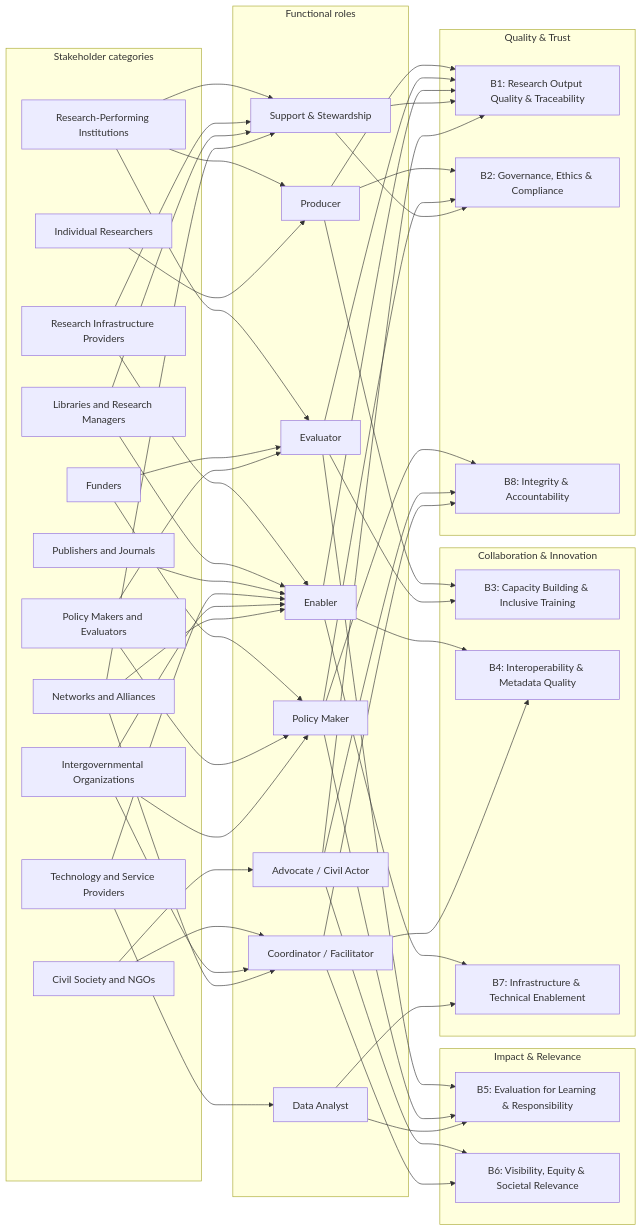
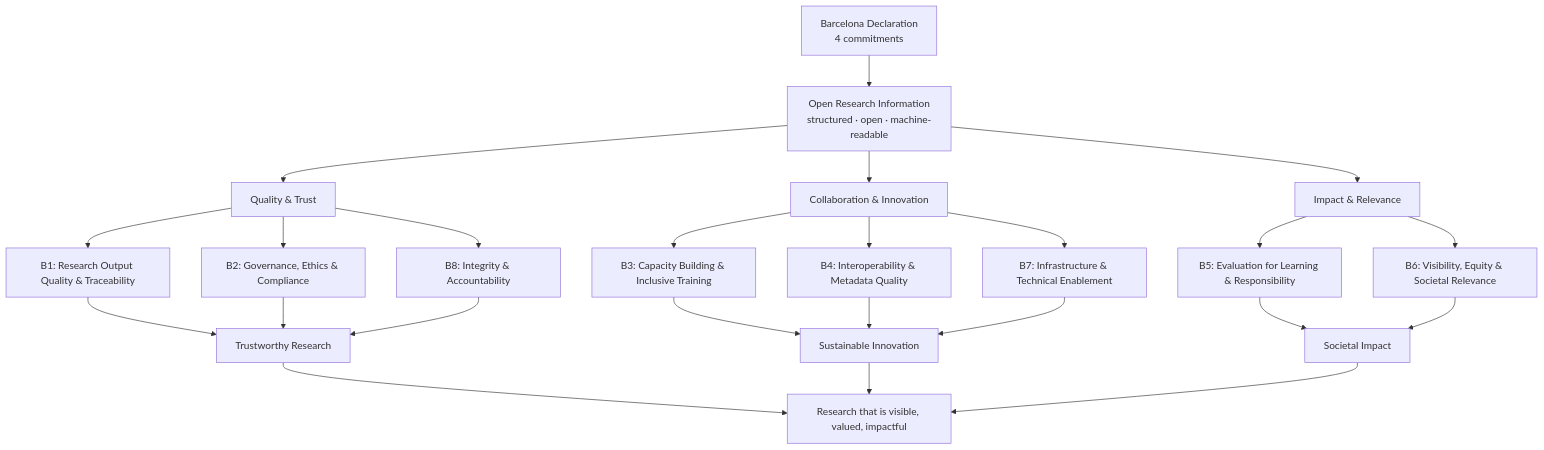
Before and after one commit to rijdho/barcelona-wg7-tf2: the diagram in deliverables/Benefits_map.md, drawn with Mermaid. The commit also changed other lines of this file and 14 other files, not shown here.

````diff
--- a/deliverables/Benefits_map.md
+++ b/deliverables/Benefits_map.md
@@ -6,87 +6,32 @@
 ```mermaid
-flowchart LR
-  accTitle: ORI stakeholder and benefits map
-  accDescr: Eleven stakeholder categories connect through eight functional roles to eight benefit dimensions grouped into three axes: Quality and Trust, Collaboration and Innovation, Impact and Relevance.
-  subgraph SH["Stakeholder categories"]
-    S1["Research-Performing Institutions"]
-    S2["Individual Researchers"]
-    S3["Funders"]
-    S4["Research Infrastructure Providers"]
-    S5["Policy Makers and Evaluators"]
-    S6["Civil Society and NGOs"]
-    S7["Libraries and Research Managers"]
-    S8["Publishers and Journals"]
-    S9["Technology and Service Providers"]
-    S10["Intergovernmental Organizations"]
-    S11["Networks and Alliances"]
-  end
-  subgraph RO["Functional roles"]
-    R1["Producer"]
-    R2["Evaluator"]
-    R3["Enabler"]
-    R4["Policy Maker"]
-    R5["Support & Stewardship"]
-    R6["Advocate / Civil Actor"]
-    R7["Coordinator / Facilitator"]
-    R8["Data Analyst"]
-  end
-  subgraph A1["Quality & Trust"]
-    B1["B1: Research Output Quality & Traceability"]
-    B2["B2: Governance, Ethics & Compliance"]
-    B8["B8: Integrity & Accountability"]
-  end
-  subgraph A2["Collaboration & Innovation"]
-    B3["B3: Capacity Building & Inclusive Training"]
-    B4["B4: Interoperability & Metadata Quality"]
-    B7["B7: Infrastructure & Technical Enablement"]
-  end
-  subgraph A3["Impact & Relevance"]
-    B5["B5: Evaluation for Learning & Responsibility"]
-    B6["B6: Visibility, Equity & Societal Relevance"]
-  end
-  S1 --> R1
-  S1 --> R5
-  S1 --> R2
-  S2 --> R1
-  S3 --> R4
-  S3 --> R2
-  S4 --> R3
-  S4 --> R5
-  S5 --> R4
-  S5 --> R2
-  S6 --> R6
-  S6 --> R7
-  S7 --> R5
-  S7 --> R3
-  S8 --> R3
-  S9 --> R3
-  S9 --> R8
-  S10 --> R7
-  S10 --> R4
-  S10 --> R3
-  S11 --> R7
-  S11 --> R3
-  S11 --> R5
-  R1 --> B1
-  R1 --> B2
-  R1 --> B3
-  R2 --> B1
-  R2 --> B3
-  R2 --> B5
-  R3 --> B1
-  R3 --> B4
-  R3 --> B7
-  R4 --> B2
-  R4 --> B5
-  R4 --> B8
-  R5 --> B1
-  R5 --> B2
-  R6 --> B1
-  R6 --> B6
-  R6 --> B8
-  R7 --> B4
-  R7 --> B6
-  R7 --> B8
-  R8 --> B5
-  R8 --> B7
+flowchart TB
+  accTitle: The eight benefits of open research information
+  accDescr: The Barcelona Declaration commitments unlock Open Research Information, which delivers eight benefits in three axes; the benefits flow into trustworthy research, sustainable innovation, and societal impact, leading to research that is visible, valued, and impactful.
+  START["Barcelona Declaration<br/>4 commitments"] --> ORI["Open Research Information<br/>structured · open · machine-readable"]
+  ORI --> A1["Quality & Trust"]
+  ORI --> A2["Collaboration & Innovation"]
+  ORI --> A3["Impact & Relevance"]
+  A1 --> B1["B1: Research Output Quality & Traceability"]
+  A1 --> B2["B2: Governance, Ethics & Compliance"]
+  A1 --> B8["B8: Integrity & Accountability"]
+  A2 --> B3["B3: Capacity Building & Inclusive Training"]
+  A2 --> B4["B4: Interoperability & Metadata Quality"]
+  A2 --> B7["B7: Infrastructure & Technical Enablement"]
+  A3 --> B5["B5: Evaluation for Learning & Responsibility"]
+  A3 --> B6["B6: Visibility, Equity & Societal Relevance"]
+  O1["Trustworthy Research"]
+  B1 --> O1
+  B2 --> O1
+  B8 --> O1
+  O2["Sustainable Innovation"]
+  B3 --> O2
+  B4 --> O2
+  B7 --> O2
+  O3["Societal Impact"]
+  B5 --> O3
+  B6 --> O3
+  VISION["Research that is visible, valued, impactful"]
+  O1 --> VISION
+  O2 --> VISION
+  O3 --> VISION
 ```
````
